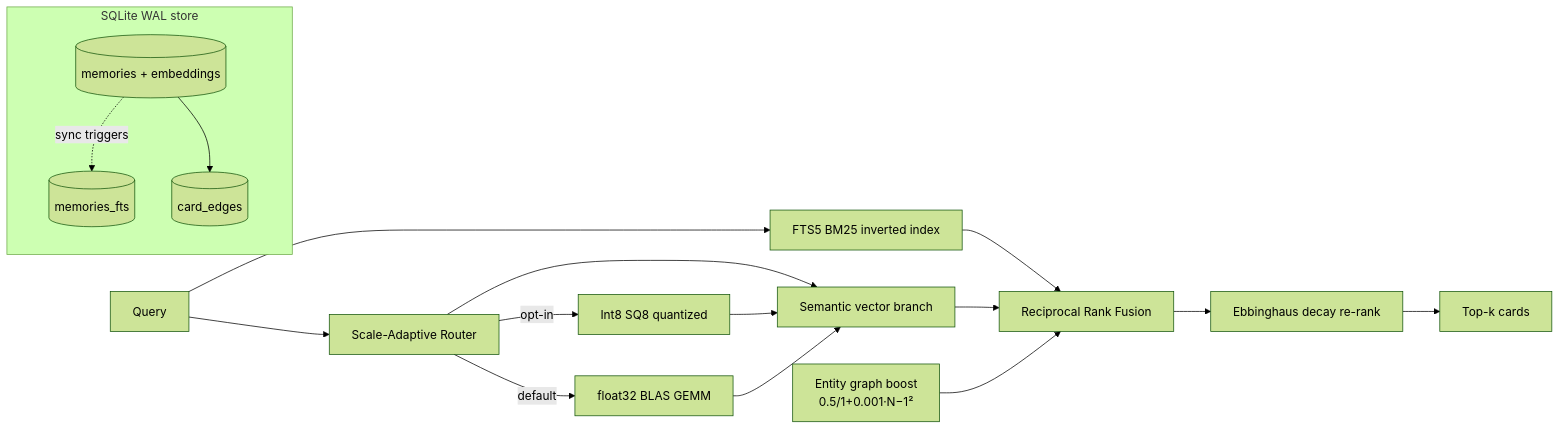
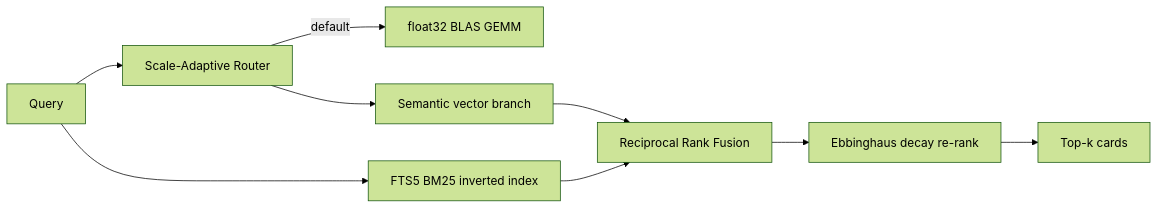
One commit to svanikhansh/Isotope-Zero changed the diagram in README.md. Above: the diagram before and after it, drawn with Mermaid (forest theme). The commit also changed other lines of this file and 1 other file, not shown here.

````diff
--- a/README.md
+++ b/README.md
@@ -68,25 +138,11 @@
 ```mermaid
 flowchart LR
     Q[Query] --> R[Scale-Adaptive Router]
     R -->|default| BLAS[float32 BLAS GEMM]
-    R -->|opt-in| I8[Int8 SQ8 quantized]
-
     Q --> FTS[FTS5 BM25 inverted index]
+    FTS --> RRF[Reciprocal Rank Fusion]
     R --> SEM[Semantic vector branch]
-    FTS --> RRF[Reciprocal Rank Fusion]
     SEM --> RRF
-    I8 --> SEM
-    BLAS --> SEM
-
-    EG[Entity graph boost<br/>0.5/1+0.001·N−1²] --> RRF
     RRF --> DECAY[Ebbinghaus decay re-rank]
     DECAY --> TOPK[Top-k cards]
-
-    subgraph store[SQLite WAL store]
-        MEM[(memories + embeddings)]
-        EDGES[(card_edges)]
-        FTS5[(memories_fts)]
-    end
-    MEM -.sync triggers.-> FTS5
-    MEM --> EDGES
 ```
````
